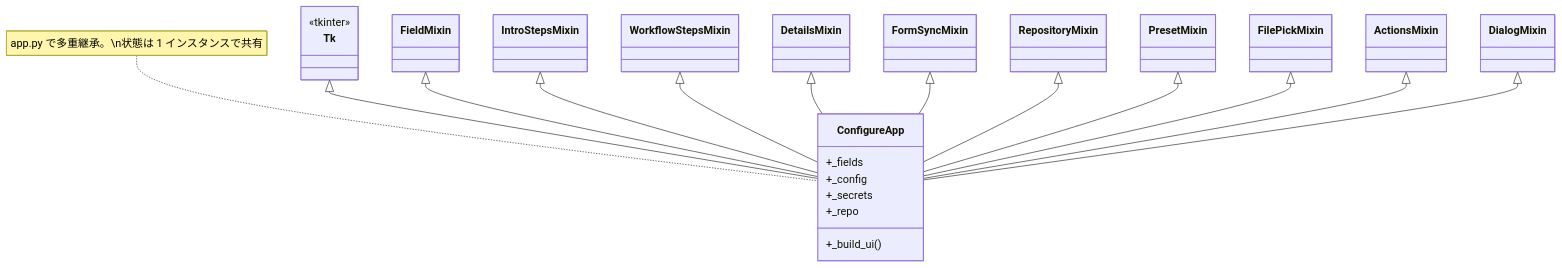
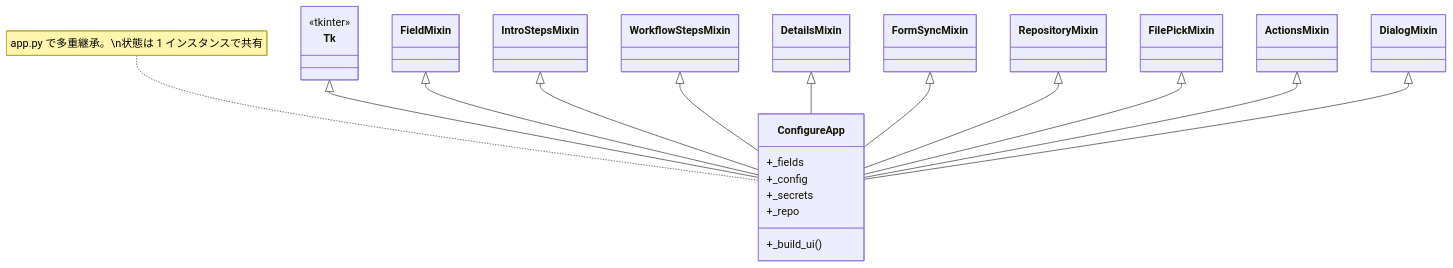
One commit to gt-ynakamatsu/ci-setup-tool changed the second of 12 diagrams in docs/DESIGN.md. Above: the diagram before and after it, drawn with Mermaid. The commit also changed other lines of this file and 52 other files, not shown here.

````diff
--- a/docs/DESIGN.md
+++ b/docs/DESIGN.md
@@ -307,39 +299,37 @@
 ```mermaid
 classDiagram
     direction TB
 
     class Tk {
         <<tkinter>>
     }
     class ConfigureApp {
         +_fields
         +_config
         +_secrets
         +_repo
         +_build_ui()
     }
     class FieldMixin
     class IntroStepsMixin
     class WorkflowStepsMixin
     class DetailsMixin
     class FormSyncMixin
     class RepositoryMixin
-    class PresetMixin
     class FilePickMixin
     class ActionsMixin
     class DialogMixin
 
     Tk <|-- ConfigureApp
     FieldMixin <|-- ConfigureApp
     IntroStepsMixin <|-- ConfigureApp
     WorkflowStepsMixin <|-- ConfigureApp
     DetailsMixin <|-- ConfigureApp
     FormSyncMixin <|-- ConfigureApp
     RepositoryMixin <|-- ConfigureApp
-    PresetMixin <|-- ConfigureApp
     FilePickMixin <|-- ConfigureApp
     ActionsMixin <|-- ConfigureApp
     DialogMixin <|-- ConfigureApp
 
     note for ConfigureApp "app.py で多重継承。\n状態は 1 インスタンスで共有"
 ```
````
